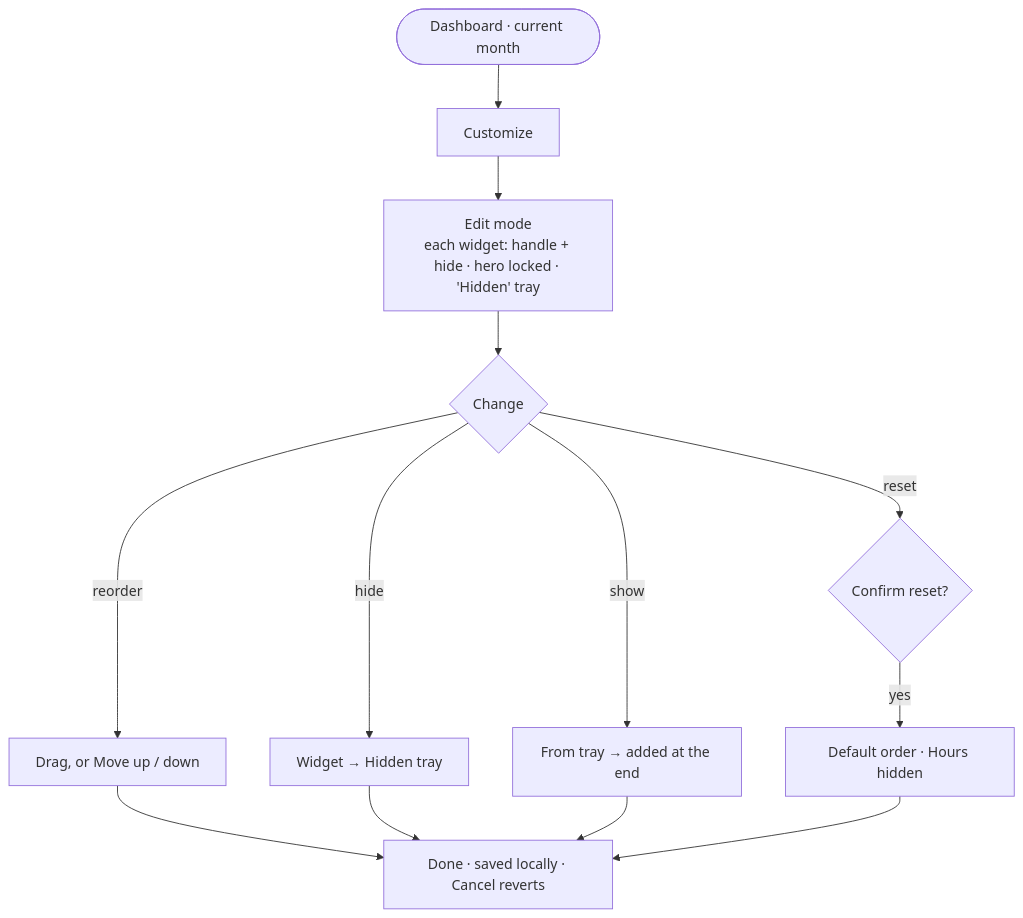
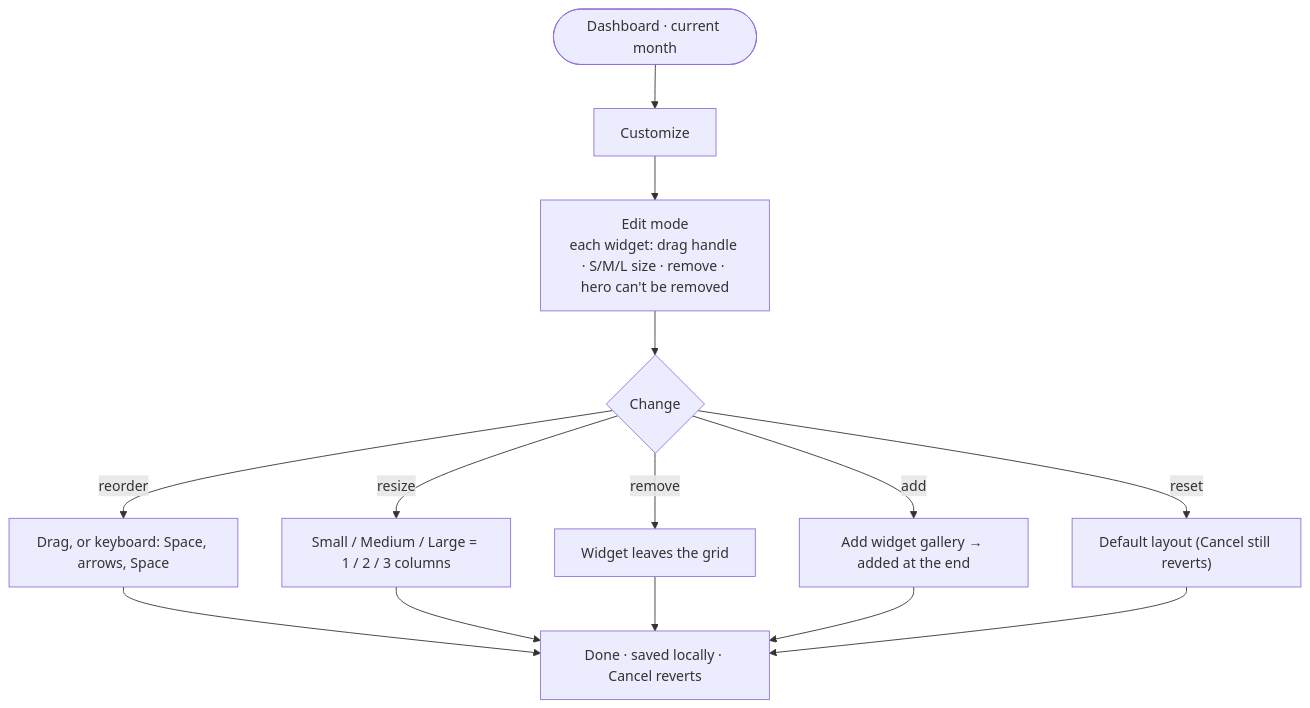
One commit to amojahedi/growloop changed the tenth of 12 diagrams in docs/design/ux-flows.md. Above: the diagram before and after it, drawn with Mermaid. The commit also changed other lines of this file and 52 other files, not shown here.

First line of the commit message:
feat(dashboard): customizable widget grid, skill radar and skill impact (#12)

````diff
--- a/docs/design/ux-flows.md
+++ b/docs/design/ux-flows.md
@@ -333,15 +333,16 @@
 ```mermaid
 flowchart TD
   d(["Dashboard · current month"]) --> c["Customize"]
-  c --> m["Edit mode<br/>each widget: handle + hide · hero locked · 'Hidden' tray"]
+  c --> m["Edit mode<br/>each widget: drag handle · S/M/L size · remove · hero can't be removed"]
   m --> act{"Change"}
-  act -->|"reorder"| ro["Drag, or Move up / down"]
-  act -->|"hide"| hd["Widget → Hidden tray"]
-  act -->|"show"| sh["From tray → added at the end"]
-  act -->|"reset"| rs{"Confirm reset?"}
-  rs -->|"yes"| def["Default order · Hours hidden"]
+  act -->|"reorder"| ro["Drag, or keyboard: Space, arrows, Space"]
+  act -->|"resize"| rz["Small / Medium / Large = 1 / 2 / 3 columns"]
+  act -->|"remove"| hd["Widget leaves the grid"]
+  act -->|"add"| sh["Add widget gallery → added at the end"]
+  act -->|"reset"| def["Default layout (Cancel still reverts)"]
   ro --> dn["Done · saved locally · Cancel reverts"]
+  rz --> dn
   hd --> dn
   sh --> dn
   def --> dn
 ```
````
